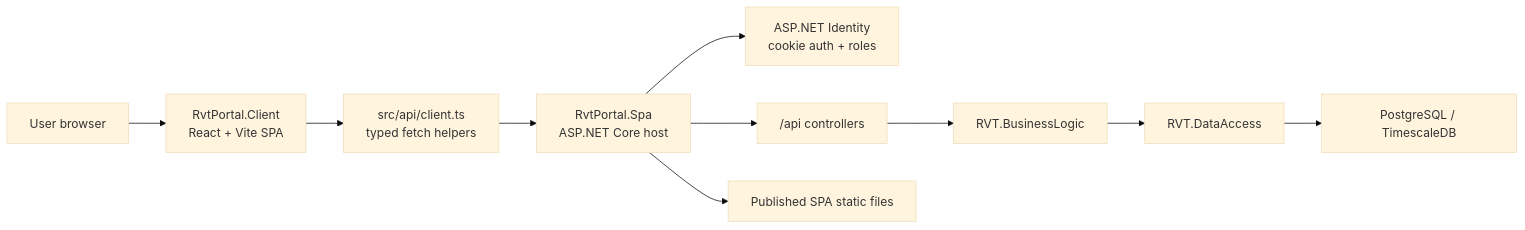
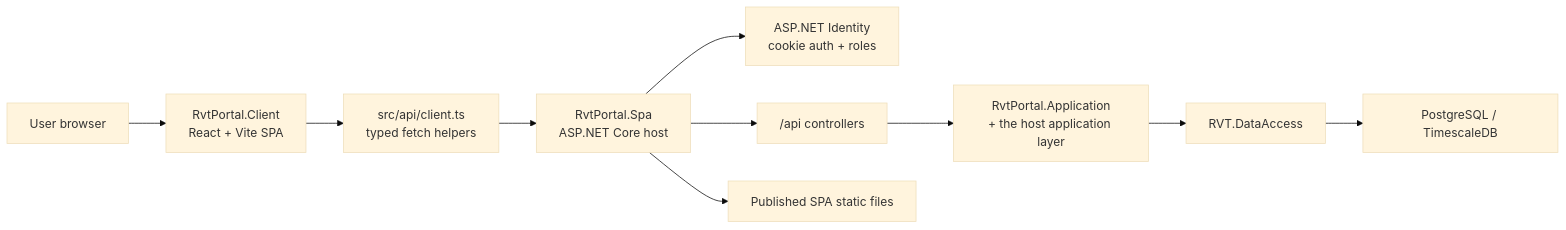
The diagram in docs/development/portal/onboarding/REACT_PORT_ONBOARDING.md (chris-oldgeorge/rvt-mono), drawn with Mermaid (base theme) before and after one commit. The commit also changed other lines of this file and 8 other files, not shown here.

````diff
--- a/docs/development/portal/onboarding/REACT_PORT_ONBOARDING.md
+++ b/docs/development/portal/onboarding/REACT_PORT_ONBOARDING.md
@@ -14,12 +14,12 @@
 ```mermaid
 flowchart LR
     User["User browser"] --> Client["RvtPortal.Client<br/>React + Vite SPA"]
     Client --> ApiClient["src/api/client.ts<br/>typed fetch helpers"]
     ApiClient --> Host["RvtPortal.Spa<br/>ASP.NET Core host"]
     Host --> Auth["ASP.NET Identity<br/>cookie auth + roles"]
     Host --> Controllers["/api controllers"]
-    Controllers --> Business["RVT.BusinessLogic"]
+    Controllers --> Business["RvtPortal.Application<br/>+ the host application layer"]
     Business --> Data["RVT.DataAccess"]
     Data --> Db["PostgreSQL / TimescaleDB"]
     Host --> Static["Published SPA static files"]
 ```
````
